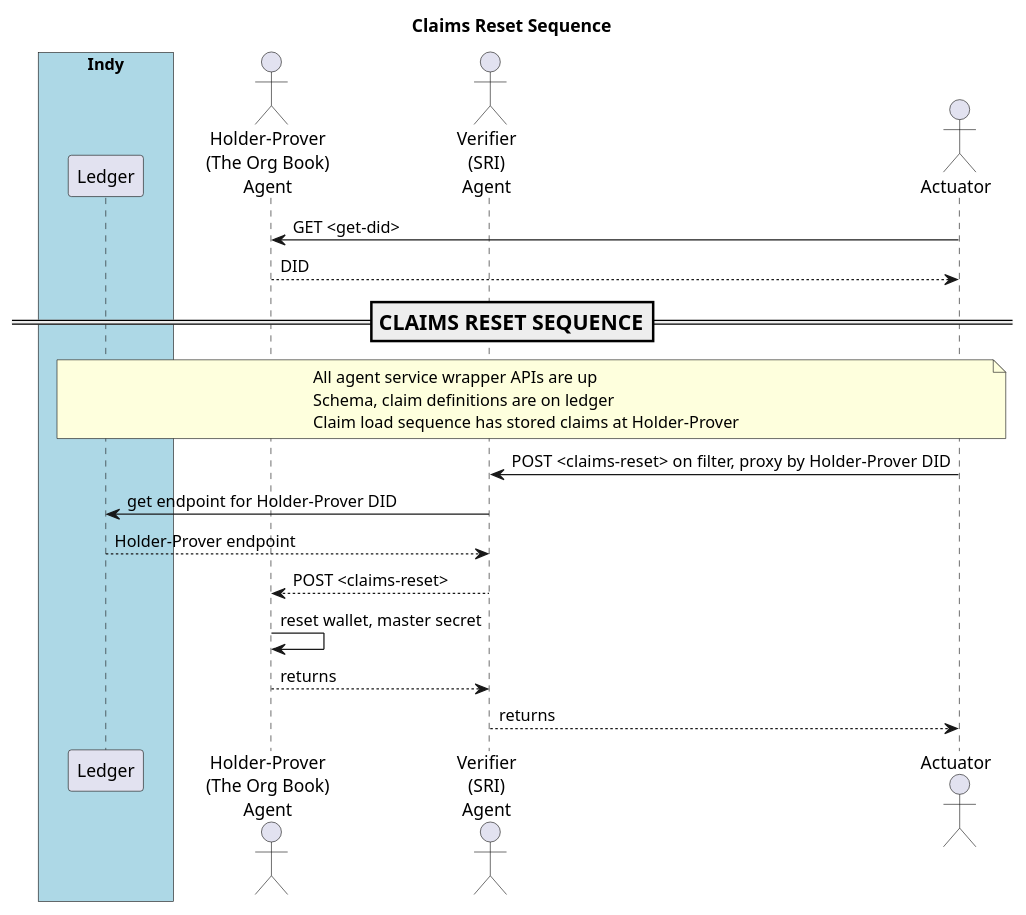
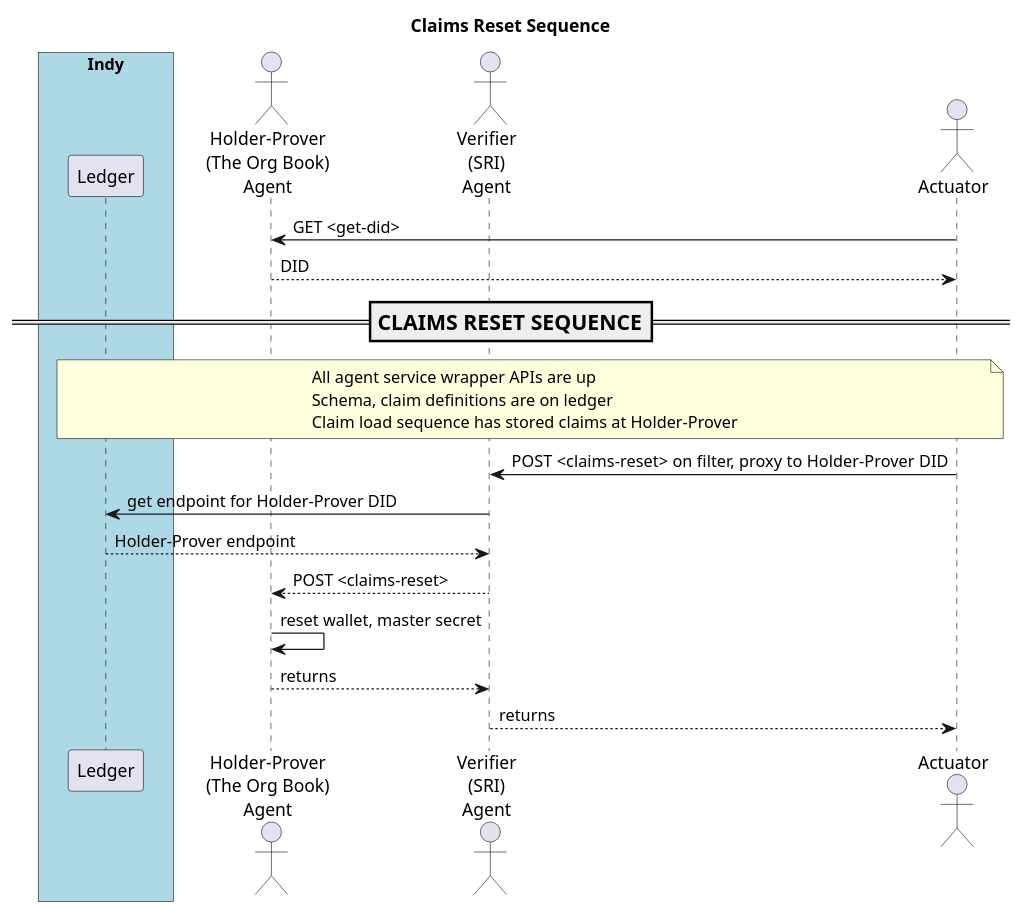
One commit to PSPC-SPAC-buyandsell/von_base changed the diagram in doc/pic/src/claims-reset.puml. Above: the diagram before and after it, drawn with PlantUML. The commit also changed 20 other files, not shown here.

Commit message:
allow each issuer to originate one schema (or none)

```diff
--- a/doc/pic/src/claims-reset.puml
+++ b/doc/pic/src/claims-reset.puml
@@ -1,49 +1,49 @@
 @startuml
 /'
 Copyright 2017 Government of Canada - Public Services and Procurement Canada - buyandsell.gc.ca
 
 Licensed under the Apache License, Version 2.0 (the "License");
 you may not use this file except in compliance with the License.
 You may obtain a copy of the License at
 
 http://www.apache.org/licenses/LICENSE-2.0
 
 Unless required by applicable law or agreed to in writing, software
 distributed under the License is distributed on an "AS IS" BASIS,
 WITHOUT WARRANTIES OR CONDITIONS OF ANY KIND, either express or implied.
 See the License for the specific language governing permissions and
 limitations under the License.
 '/
 
 skinparam ParticipantPadding 20
 skinparam BoxPadding 20
 
 title Claims Reset Sequence
 
 box "Indy" #LightBlue
     participant "Ledger" as ledger
 endbox
 
 actor "Holder-Prover\n(The Org Book)\nAgent" as obag
 actor "Verifier\n(SRI)\nAgent" as sag
 actor "Actuator" as ator
 
 ator -> obag: GET <get-did>
 obag --> ator: DID
 
 === CLAIMS RESET SEQUENCE ==
 note over ledger, ator
 All agent service wrapper APIs are up
 Schema, claim definitions are on ledger
 Claim load sequence has stored claims at Holder-Prover
 endnote
 
-ator -> sag: POST <claims-reset> on filter, proxy by Holder-Prover DID
+ator -> sag: POST <claims-reset> on filter, proxy to Holder-Prover DID
 sag -> ledger: get endpoint for Holder-Prover DID
 ledger --> sag: Holder-Prover endpoint
 sag --> obag: POST <claims-reset>
 obag -> obag: reset wallet, master secret
 obag --> sag: returns
 sag --> ator:  returns
 
 @enduml
```
